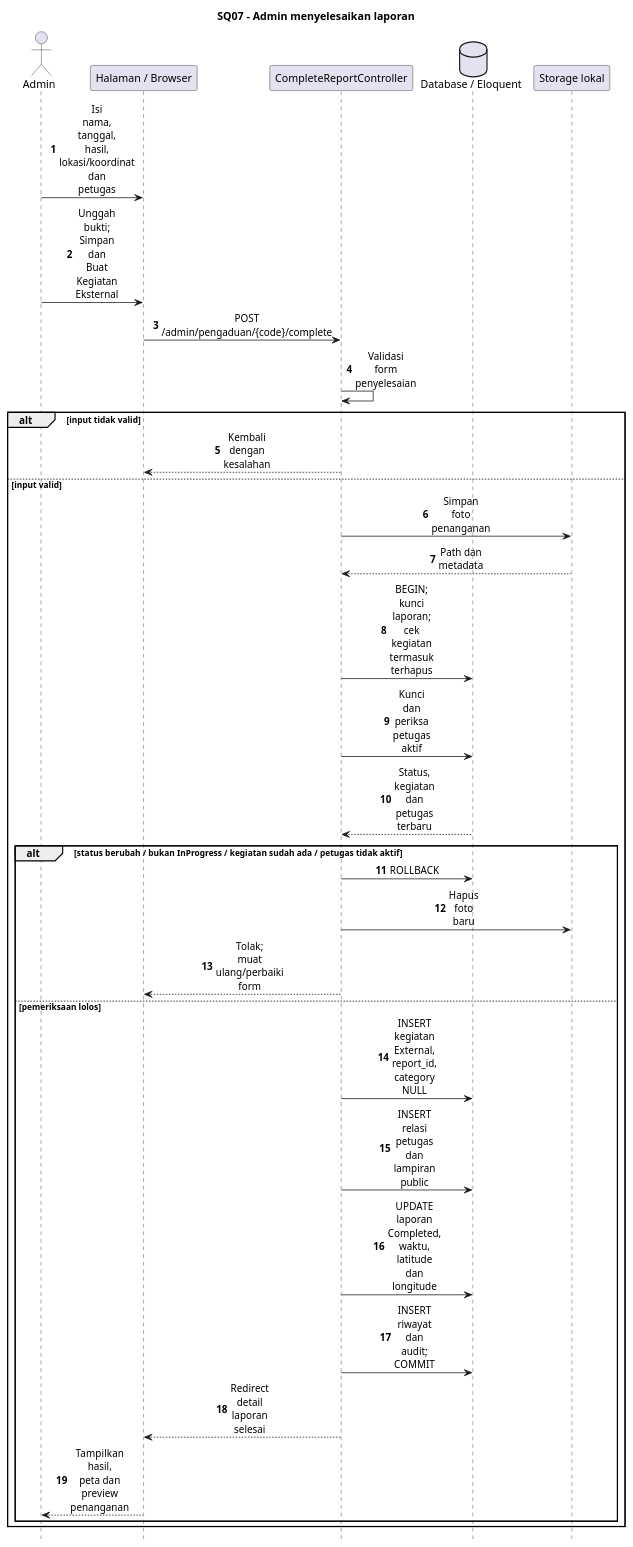
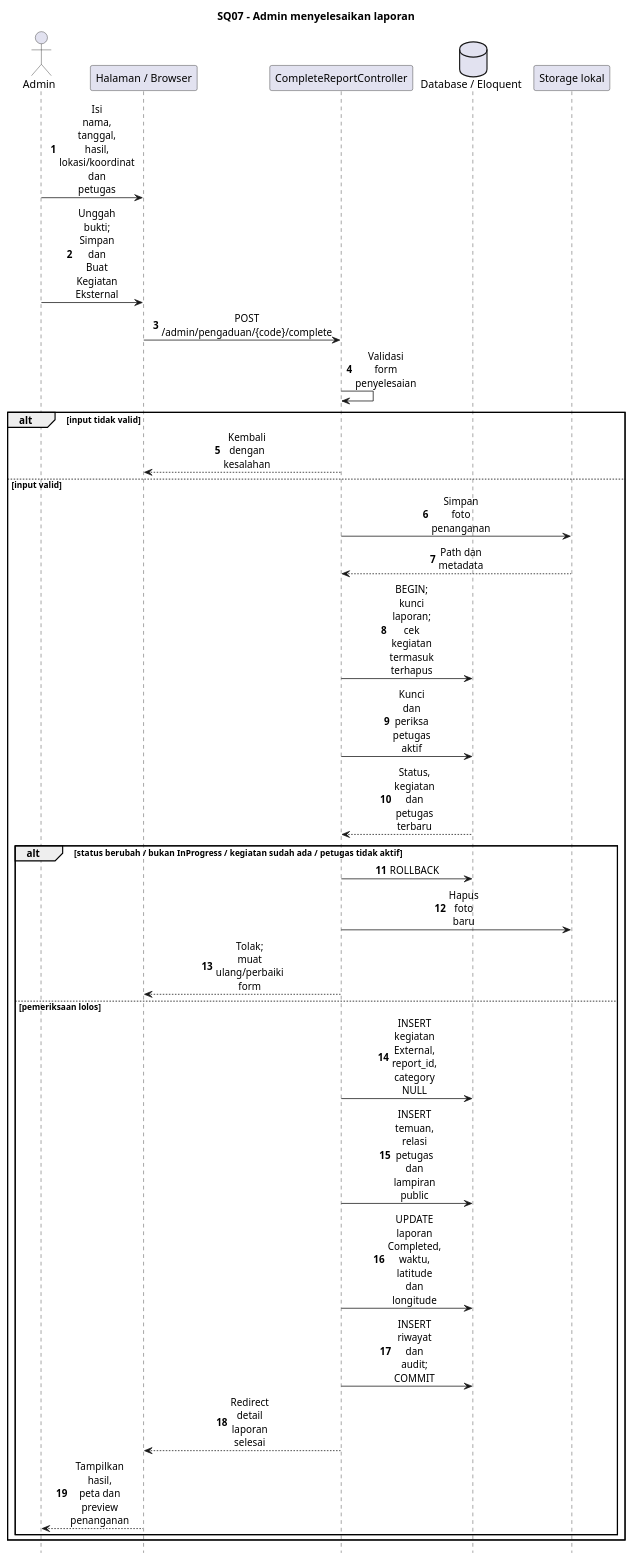
Before and after one commit to Samuel-smr/Satpolpp: the seventh of 21 diagrams in docs/SIPRAJA-sequence.puml, drawn with PlantUML. The commit also changed other lines of this file and 8 other files, not shown here.

Commit message:
Selaraskan diagram dengan implementasi sistem

```diff
--- a/docs/SIPRAJA-sequence.puml
+++ b/docs/SIPRAJA-sequence.puml
@@ -223,38 +223,38 @@
 @startuml SQ07
 title SQ07 - Admin menyelesaikan laporan
 hide footbox
 skinparam shadowing false
 skinparam sequenceMessageAlign center
 skinparam maxMessageSize 55
 autonumber
 actor "Admin" as A
 participant "Halaman / Browser" as B
 participant "CompleteReportController" as C
 database "Database / Eloquent" as D
 participant "Storage lokal" as F
 A -> B : Isi nama, tanggal, hasil, lokasi/koordinat dan petugas
 A -> B : Unggah bukti; Simpan dan Buat Kegiatan Eksternal
 B -> C : POST /admin/pengaduan/{code}/complete
 C -> C : Validasi form penyelesaian
 alt input tidak valid
 C --> B : Kembali dengan kesalahan
 else input valid
 C -> F : Simpan foto penanganan
 F --> C : Path dan metadata
 C -> D : BEGIN; kunci laporan; cek kegiatan termasuk terhapus
 C -> D : Kunci dan periksa petugas aktif
 D --> C : Status, kegiatan dan petugas terbaru
 alt status berubah / bukan InProgress / kegiatan sudah ada / petugas tidak aktif
 C -> D : ROLLBACK
 C -> F : Hapus foto baru
 C --> B : Tolak; muat ulang/perbaiki form
 else pemeriksaan lolos
 C -> D : INSERT kegiatan External, report_id, category NULL
-C -> D : INSERT relasi petugas dan lampiran public
+C -> D : INSERT temuan, relasi petugas dan lampiran public
 C -> D : UPDATE laporan Completed, waktu, latitude dan longitude
 C -> D : INSERT riwayat dan audit; COMMIT
 C --> B : Redirect detail laporan selesai
 B --> A : Tampilkan hasil, peta dan preview penanganan
 end
 end
 @enduml
```
